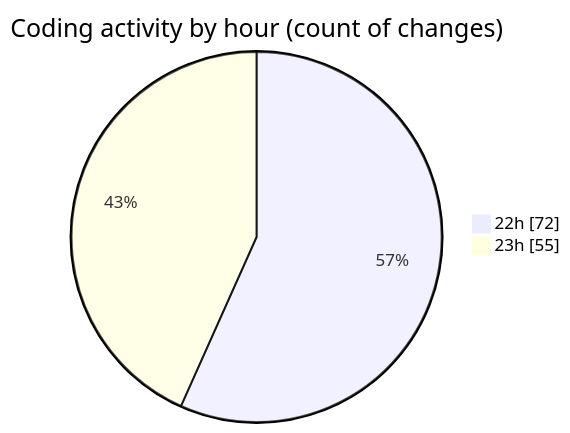
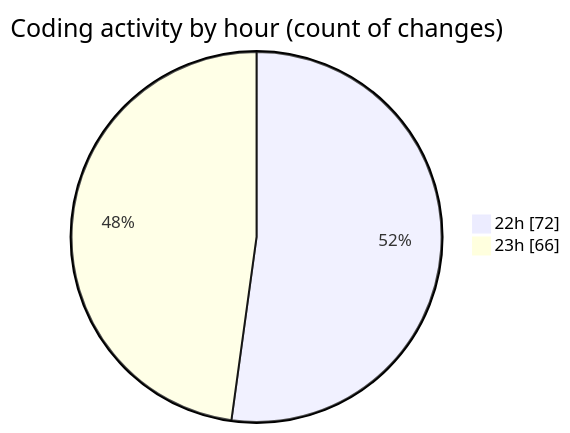
The second of 2 diagrams in 2025-07-28/javascript/README.md (Ritupan-Deka/code-tracking), drawn with Mermaid before and after one commit. The commit also changed other lines of this file and 1 other file, not shown here.

````diff
--- a/2025-07-28/javascript/README.md
+++ b/2025-07-28/javascript/README.md
@@ -28,6 +28,6 @@
 ```mermaid
 pie showData
 title Coding activity by hour (count of changes)
 "22h" : 72
-"23h" : 55
+"23h" : 66
 ```
````
